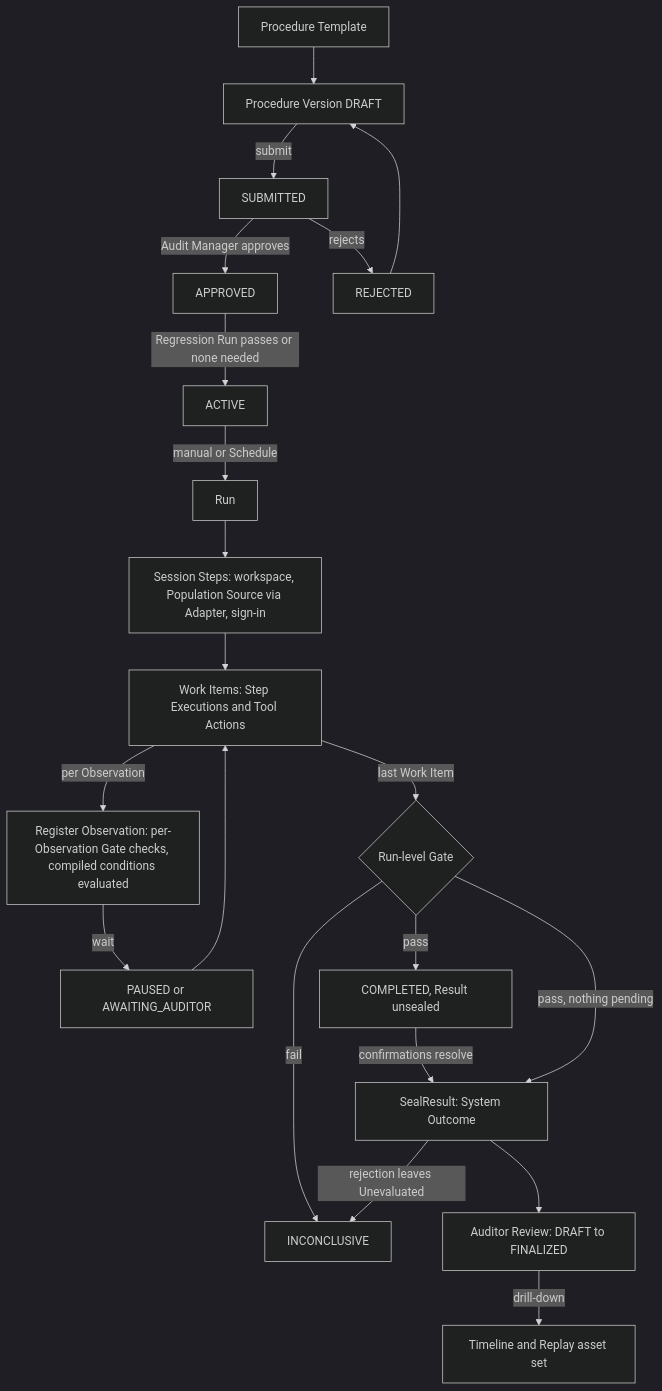
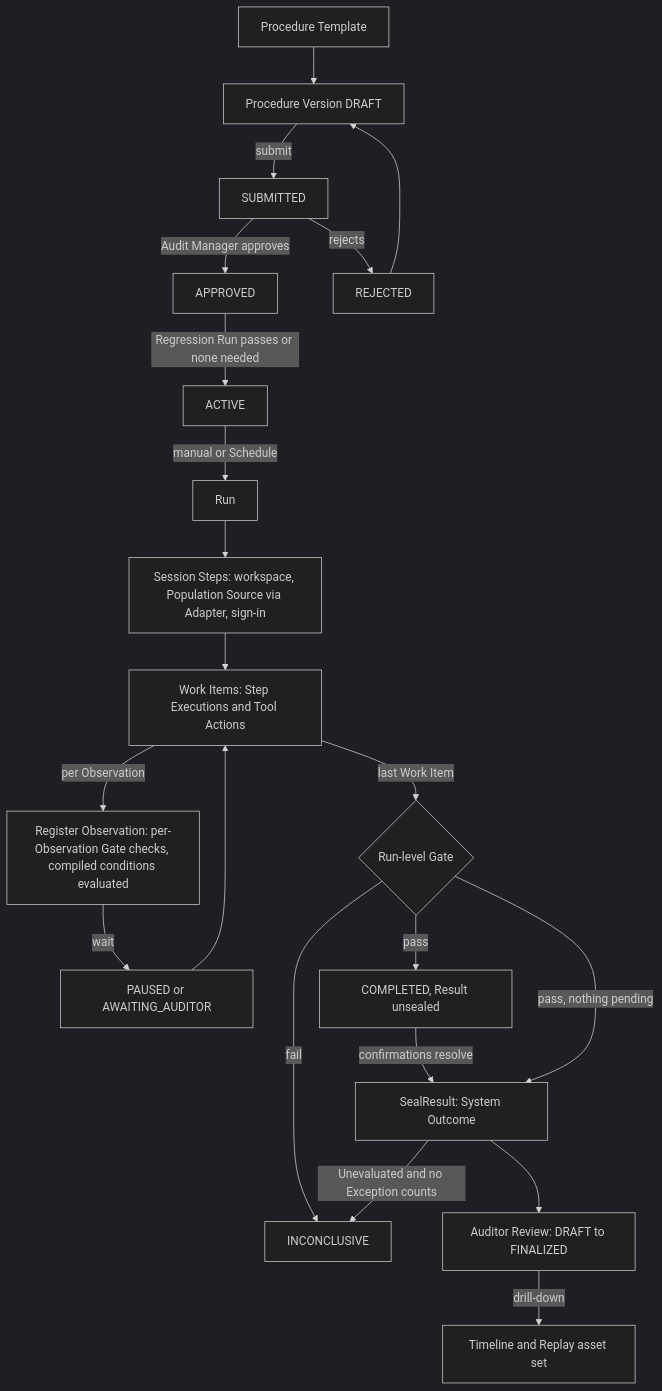
The second of 4 diagrams in _bmad-output/planning-artifacts/architecture/architecture-IntelliFin Audit-2026-09-01/ARCHITECTURE-SPINE.md (raeltec-systems/intellifin-audit), drawn with Mermaid (dark theme) before and after one commit. The commit also changed other lines of this file and 2 other files, not shown here.

First line of the commit message:
Apply reconciliation and technology-reality findings to architecture spine revision 2

````diff
--- a/_bmad-output/planning-artifacts/architecture/architecture-IntelliFin Audit-2026-09-01/ARCHITECTURE-SPINE.md
+++ b/_bmad-output/planning-artifacts/architecture/architecture-IntelliFin Audit-2026-09-01/ARCHITECTURE-SPINE.md
@@ -48,22 +48,22 @@
 ```mermaid
 flowchart TD
   template[Procedure Template] --> draft[Procedure Version DRAFT]
   draft -->|submit| submitted[SUBMITTED]
   submitted -->|Audit Manager approves| approved[APPROVED]
   submitted -->|rejects| rejected[REJECTED] --> draft
   approved -->|Regression Run passes or none needed| active[ACTIVE]
   active -->|manual or Schedule| run[Run]
   run --> session[Session Steps: workspace, Population Source via Adapter, sign-in]
   session --> work[Work Items: Step Executions and Tool Actions]
   work -->|per Observation| register[Register Observation: per-Observation Gate checks, compiled conditions evaluated]
   register -->|wait| human[PAUSED or AWAITING_AUDITOR]
   human --> work
   work -->|last Work Item| gate{Run-level Gate}
   gate -->|fail| inconclusive[INCONCLUSIVE]
   gate -->|pass| completed[COMPLETED, Result unsealed]
   completed -->|confirmations resolve| seal[SealResult: System Outcome]
-  seal -->|rejection leaves Unevaluated| inconclusive
+  seal -->|Unevaluated and no Exception counts| inconclusive
   gate -->|pass, nothing pending| seal
   seal --> review[Auditor Review: DRAFT to FINALIZED]
   review -->|drill-down| replay[Timeline and Replay asset set]
 ```
````
